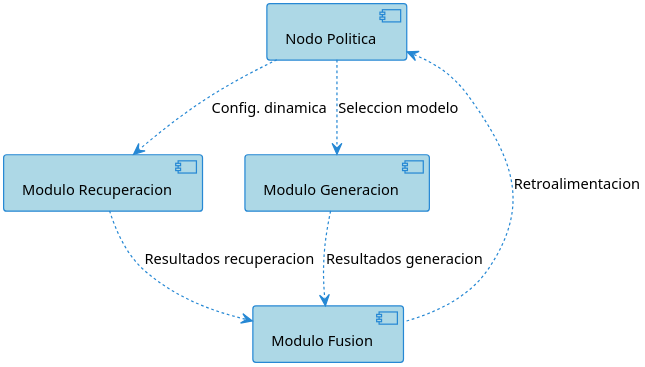
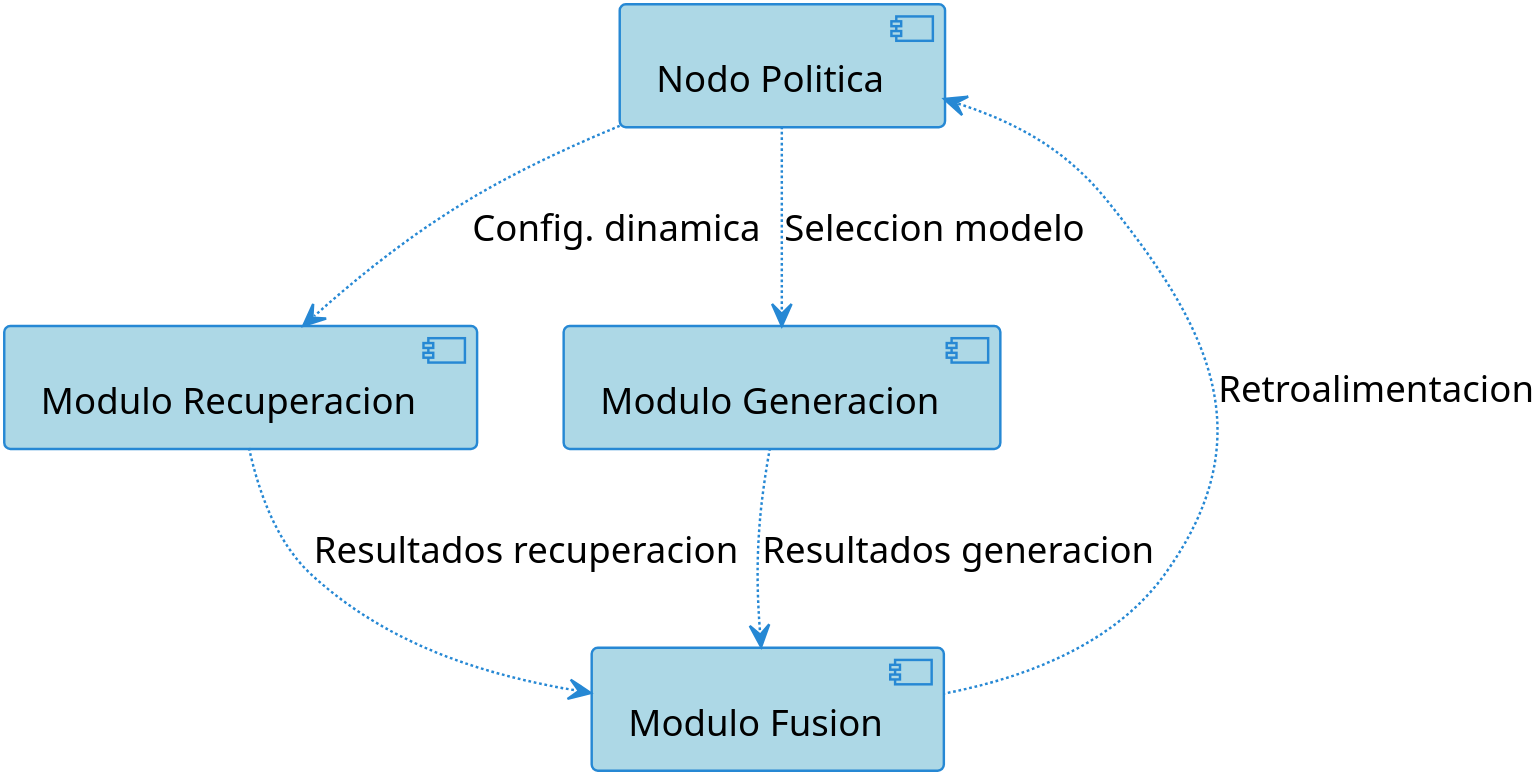
The diagram in diagrams/rag_modular.puml (carloss4dv/langagent), drawn with PlantUML before and after one commit. The commit also changed 68 other files, not shown here.

```diff
--- a/diagrams/rag_modular.puml
+++ b/diagrams/rag_modular.puml
@@ -1,32 +1,32 @@
-@startuml "Arquitectura de RAG Modular"
+@startuml 
 ' Mejora la legibilidad y la calidad de la imagen para documentos.
 !theme plain
 skinparam {
-    dpi 300
+    dpi 600
     shadowing false
     backgroundColor transparent
     defaultFontName "Arial"
-    defaultFontSize 12
+    defaultFontSize 15
 
     component {
         backgroundColor #add8e6
         borderColor #2688d4
     }
 
     arrow {
         color #2688d4
     }
 }
 
 component "Nodo Politica" as NP
 component "Modulo Recuperacion" as MR 
 component "Modulo Generacion" as MG
 component "Modulo Fusion" as MF
 
 NP .down.> MR : Config. dinamica
 NP .down.> MG : Seleccion modelo
 MR .down.> MF : Resultados recuperacion
 MG .down.> MF : Resultados generacion
 MF .up.> NP : Retroalimentacion
 
 @enduml
```
